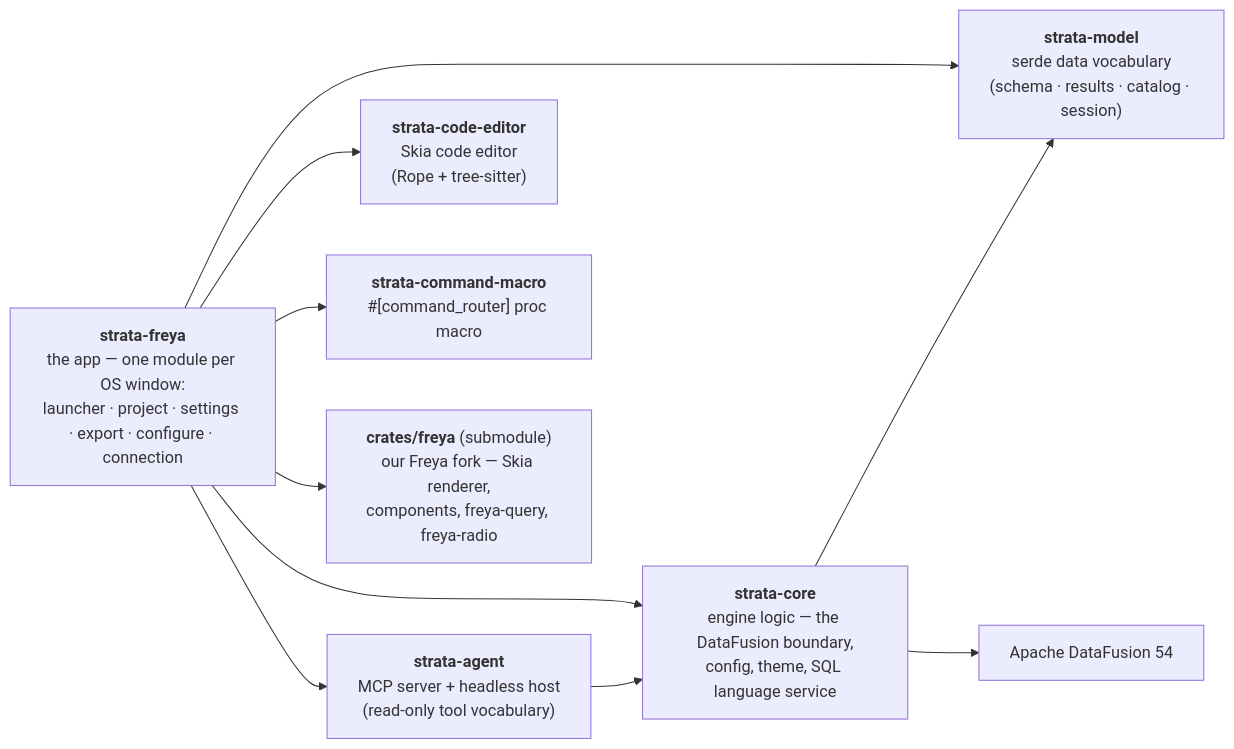
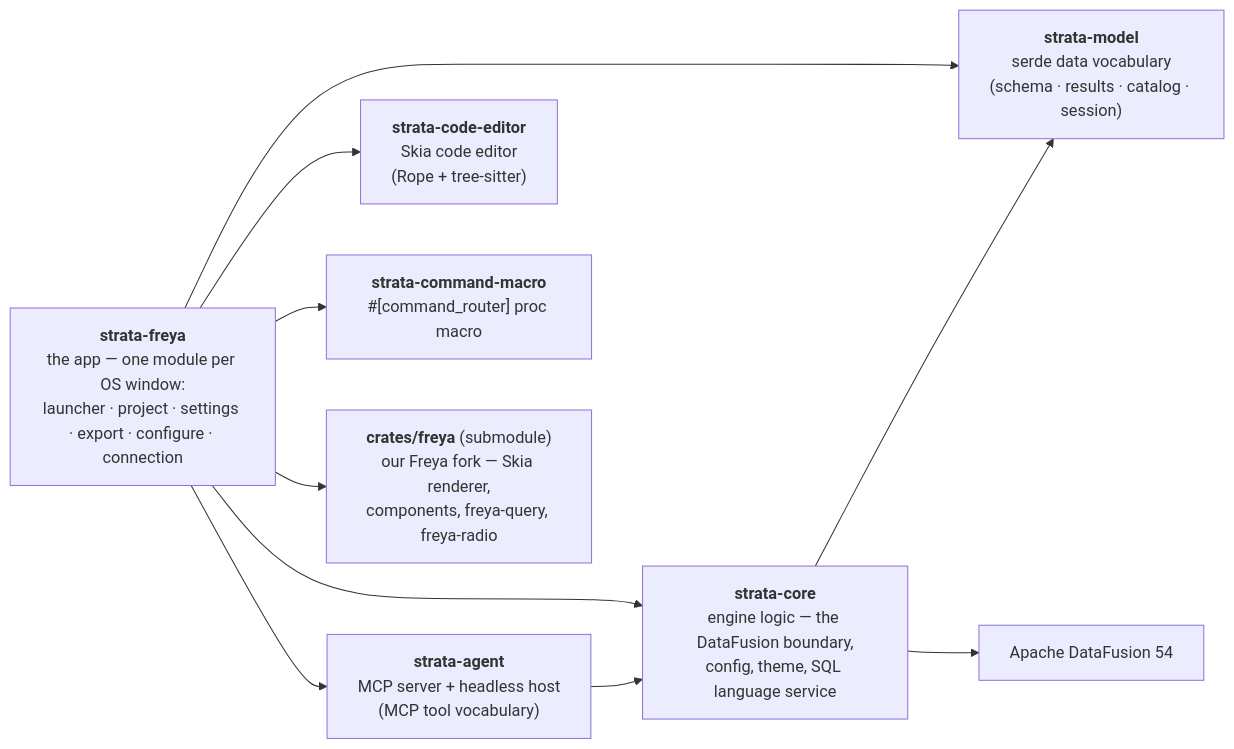
The diagram in README.md (alexparlett/strata), drawn with Mermaid before and after one commit. The commit also changed other lines of this file and 19 other files, not shown here.

````diff
--- a/README.md
+++ b/README.md
@@ -361,21 +366,21 @@
 ```mermaid
 flowchart LR
     freya["<b>strata-freya</b><br/>the app — one module per OS window:<br/>launcher · project · settings · export · configure · connection"]
-    agent["<b>strata-agent</b><br/>MCP server + headless host<br/>(read-only tool vocabulary)"]
+    agent["<b>strata-agent</b><br/>MCP server + headless host<br/>(MCP tool vocabulary)"]
     core["<b>strata-core</b><br/>engine logic — the DataFusion boundary,<br/>config, theme, SQL language service"]
     model["<b>strata-model</b><br/>serde data vocabulary<br/>(schema · results · catalog · session)"]
     editor["<b>strata-code-editor</b><br/>Skia code editor<br/>(Rope + tree-sitter)"]
     macro_["<b>strata-command-macro</b><br/>#[command_router] proc macro"]
     fork["<b>crates/freya</b> (submodule)<br/>our Freya fork — Skia renderer,<br/>components, freya-query, freya-radio"]
     df["Apache DataFusion 54"]
 
     freya --> core
     freya --> model
     freya --> editor
     freya --> agent
     freya --> macro_
     freya --> fork
     agent --> core
     core --> model
     core --> df
 ```
````
